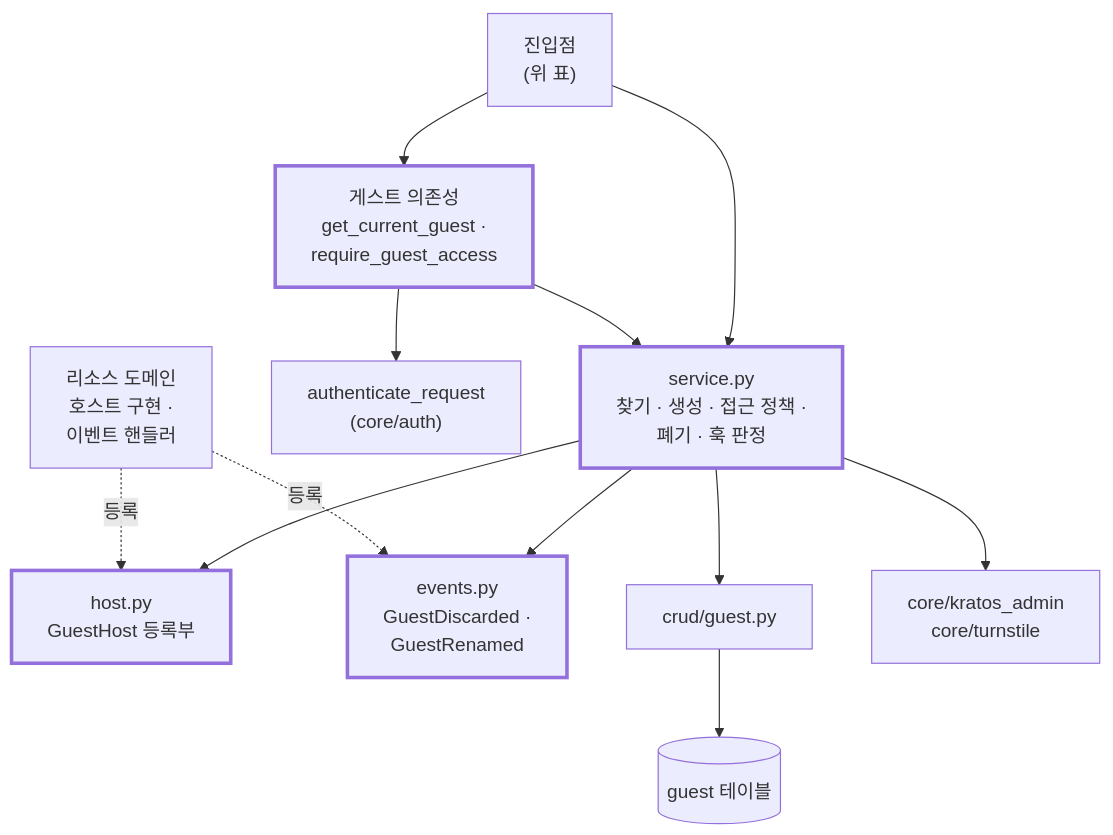
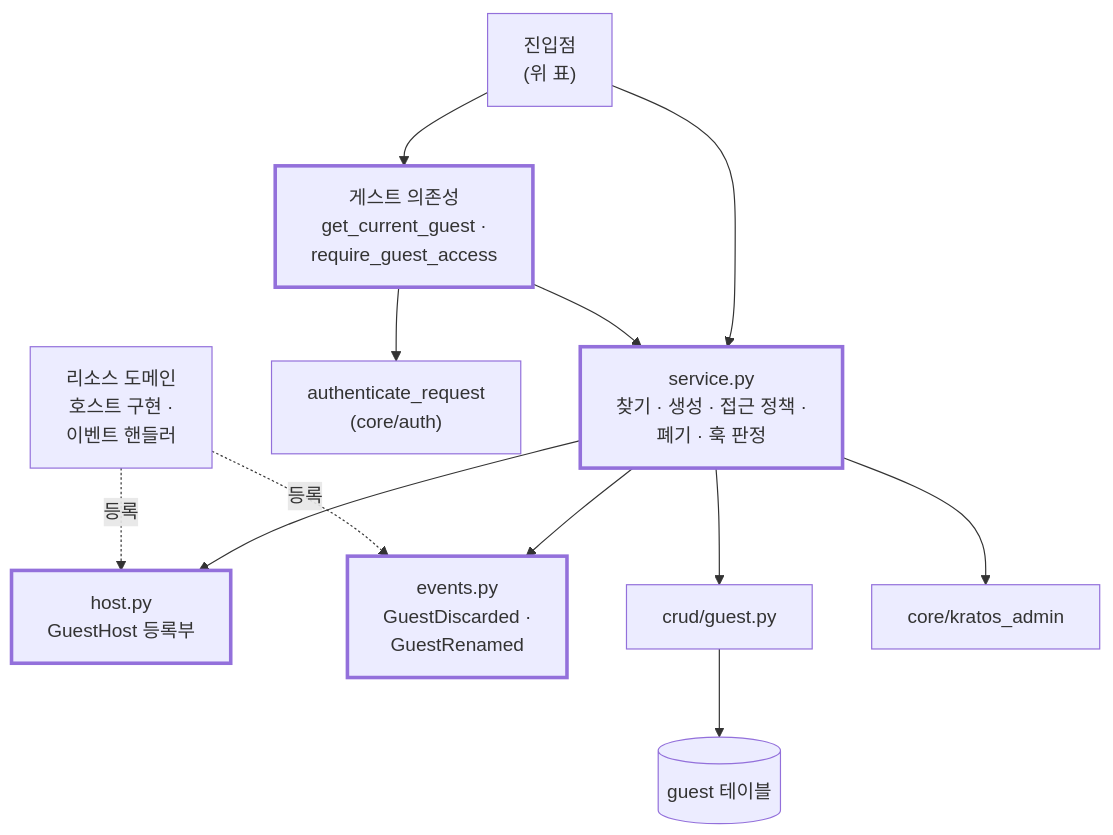
The tenth of 10 diagrams in docs/guides/guest.ko.md (onprem-hipster-timer/backend), drawn with Mermaid before and after one commit. The commit also changed other lines of this file and 13 other files, not shown here.

````diff
--- a/docs/guides/guest.ko.md
+++ b/docs/guides/guest.ko.md
@@ -665,16 +712,16 @@
 ```mermaid
 graph TD
     IN["진입점<br/>(위 표)"] --> DEP["게스트 의존성<br/>get_current_guest ·<br/>require_guest_access"]
     IN --> SVC
     DEP --> AUTH["authenticate_request<br/>(core/auth)"]
     DEP --> SVC["service.py<br/>찾기 · 생성 · 접근 정책 ·<br/>폐기 · 훅 판정"]
     SVC --> HOST["host.py<br/>GuestHost 등록부"]
     SVC --> EV["events.py<br/>GuestDiscarded ·<br/>GuestRenamed"]
     SVC --> CRUD["crud/guest.py"] --> TBL[("guest 테이블")]
-    SVC --> EXT["core/kratos_admin<br/>core/turnstile"]
+    SVC --> EXT["core/kratos_admin"]
     RES["리소스 도메인<br/>호스트 구현 ·<br/>이벤트 핸들러"] -.->|등록| HOST
     RES -.->|등록| EV
 
     classDef guest stroke-width:3px
     class DEP,SVC,HOST,EV guest
 ```
````
